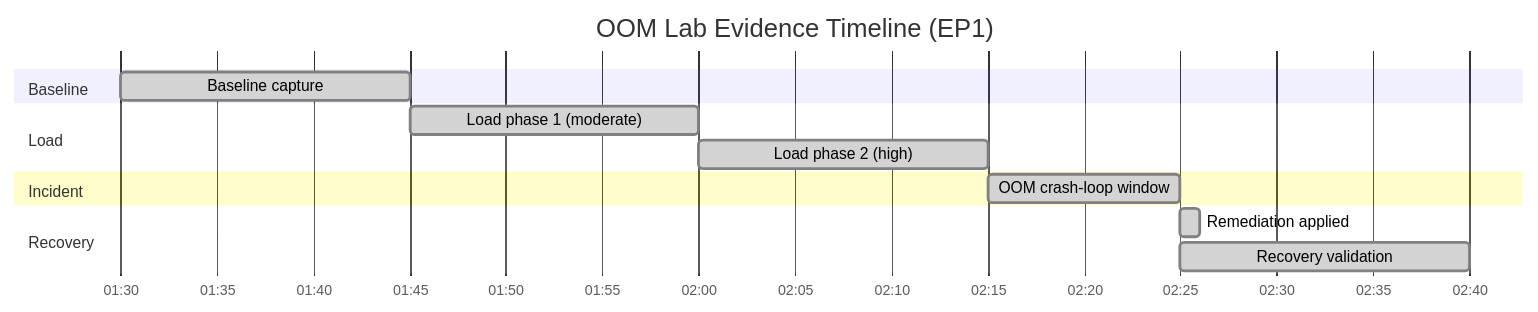
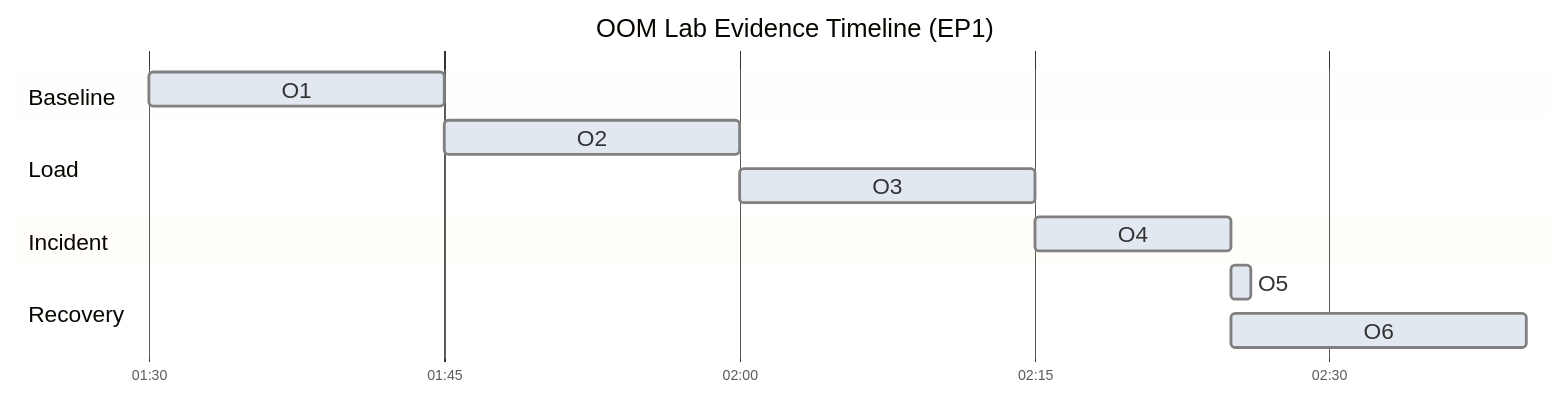
Before and after one commit to yeongseon/azure-functions-practical-guide: the third of 3 diagrams in docs/troubleshooting/lab-guides/out-of-memory-crash.md, drawn with Mermaid. The commit also changed other lines of this file and 2 other files, not shown here.

First line of the commit message:
docs(diagrams): migrate Functions lab other — out of memory crash and timer missed schedules (#441)

````diff
--- a/docs/troubleshooting/lab-guides/out-of-memory-crash.md
+++ b/docs/troubleshooting/lab-guides/out-of-memory-crash.md
@@ -647,16 +655,20 @@
 ```mermaid
+%%{init: {"gantt":{"fontSize":16,"sectionFontSize":16,"leftPadding":95,"rightPadding":35,"barHeight":24,"barGap":10},"theme":"base","themeVariables":{"doneTaskBkgColor":"#e2e8f0","critBkgColor":"#fed7aa","taskBkgColor":"#e2e8f0"},"themeCSS":".grid .tick text{font-size:16px;fill:var(--md-default-fg-color);} .section{opacity:0;} .titleText{font-size:14px;fill:var(--md-default-fg-color);} .sectionTitle{fill:var(--md-default-fg-color);} .taskTextOutsideLeft,.taskTextOutsideRight{fill:var(--md-default-fg-color)!important;} .taskText{fill:#14202e!important;}"}}%%
 gantt
     title OOM Lab Evidence Timeline (EP1)
+    accTitle: OOM Lab Evidence Timeline (EP1)
+    accDescr: Six page-defined lab windows, from baseline at 01:30 to recovery ending at 02:40. O1 to O6 map to the adjacent task legend; no new execution is asserted.
     dateFormat  HH:mm
     axisFormat  %H:%M
+    tickInterval 15minute
     section Baseline
-    Baseline capture                :done, b1, 01:30, 15m
+    O1                              :done, b1, 01:30, 15m
     section Load
-    Load phase 1 (moderate)         :done, l1, 01:45, 15m
-    Load phase 2 (high)             :done, l2, 02:00, 15m
+    O2                              :done, l1, 01:45, 15m
+    O3                              :done, l2, 02:00, 15m
     section Incident
-    OOM crash-loop window           :done, i1, 02:15, 10m
+    O4                              :done, i1, 02:15, 10m
     section Recovery
-    Remediation applied             :done, r1, 02:25, 1m
-    Recovery validation             :done, r2, 02:25, 15m
+    O5                              :done, r1, 02:25, 1m
+    O6                              :done, r2, 02:25, 15m
 ```
````
